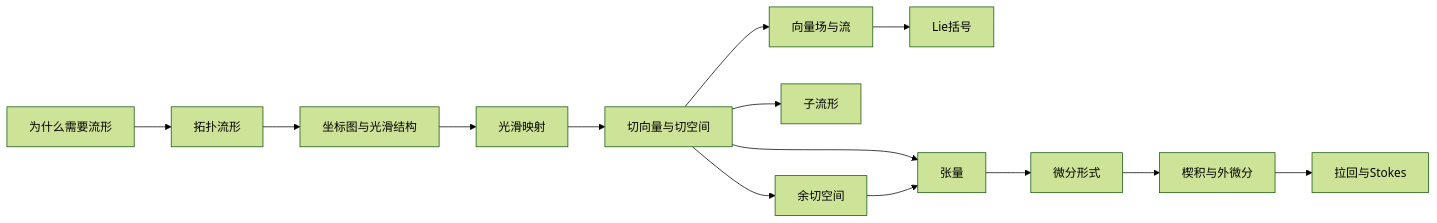
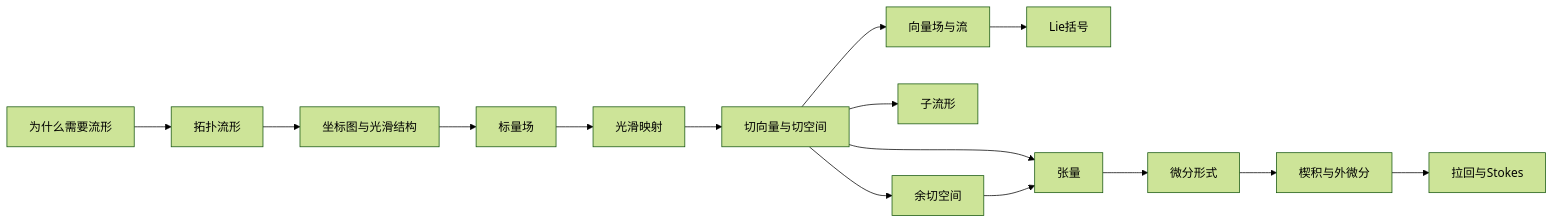
One commit to kangbeicai/math-knowledge-vault changed the diagram in 10 Maps/流形与微分几何 MOC.md. Above: the diagram before and after it, drawn with Mermaid (forest theme). The commit also changed other lines of this file and 7 other files, not shown here.

````diff
--- a/10 Maps/流形与微分几何 MOC.md
+++ b/10 Maps/流形与微分几何 MOC.md
@@ -27,16 +27,17 @@
 ```mermaid
 flowchart LR
     A[为什么需要流形] --> B[拓扑流形]
     B --> C[坐标图与光滑结构]
-    C --> D[光滑映射]
-    D --> E[切向量与切空间]
-    E --> F[向量场与流]
-    F --> G[Lie括号]
-    E --> H[子流形]
-    E --> I[余切空间]
-    E --> J[张量]
-    I --> J
-    J --> K[微分形式]
-    K --> L[楔积与外微分]
-    L --> M[拉回与Stokes]
+    C --> D[标量场]
+    D --> E[光滑映射]
+    E --> F[切向量与切空间]
+    F --> G[向量场与流]
+    G --> H[Lie括号]
+    F --> I[子流形]
+    F --> J[余切空间]
+    F --> K[张量]
+    J --> K
+    K --> L[微分形式]
+    L --> M[楔积与外微分]
+    M --> N[拉回与Stokes]
 ```
````
